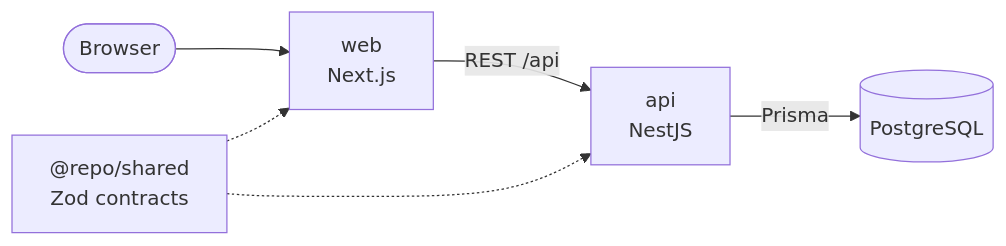
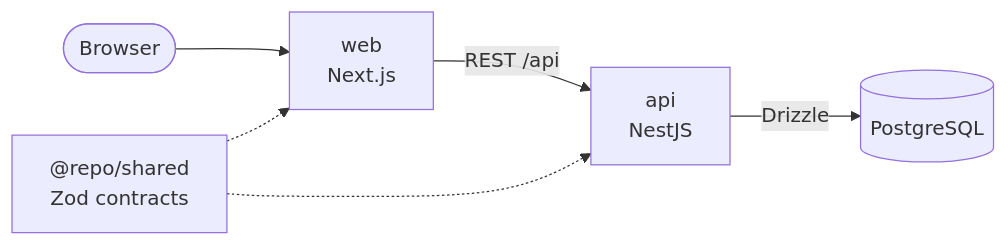
Before and after one commit to hassanshah0900/anwar-shah-and-sons: the diagram in README.md, drawn with Mermaid. The commit also changed other lines of this file and 4 other files, not shown here.

````diff
--- a/README.md
+++ b/README.md
@@ -10,8 +10,8 @@
 ```mermaid
 flowchart LR
     browser([Browser]) --> web["web<br/>Next.js"]
     web -- "REST /api" --> api["api<br/>NestJS"]
-    api -- Prisma --> db[(PostgreSQL)]
+    api -- Drizzle --> db[(PostgreSQL)]
     shared["@repo/shared<br/>Zod contracts"] -.-> web
     shared -.-> api
 ```
````
